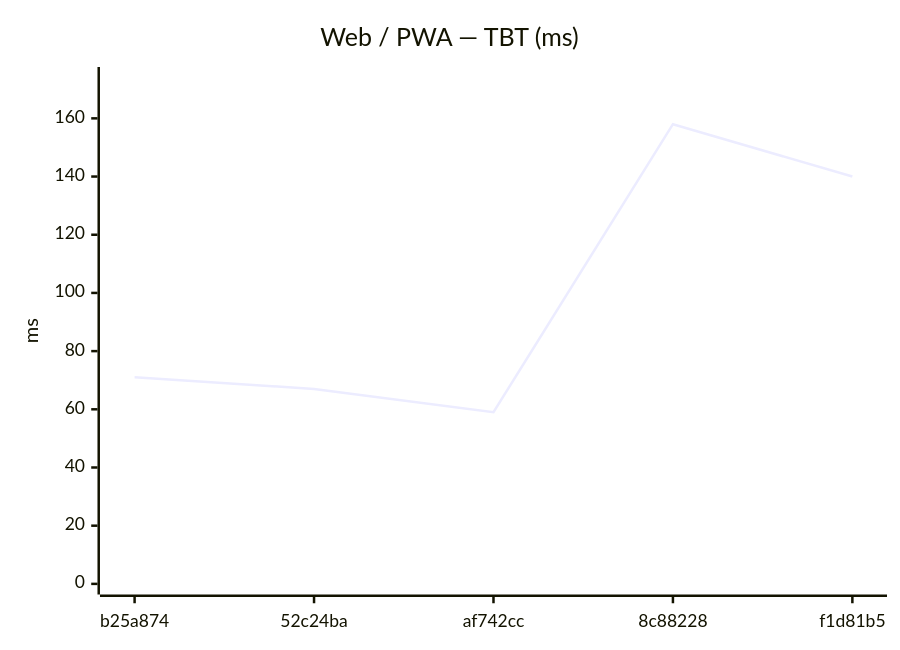
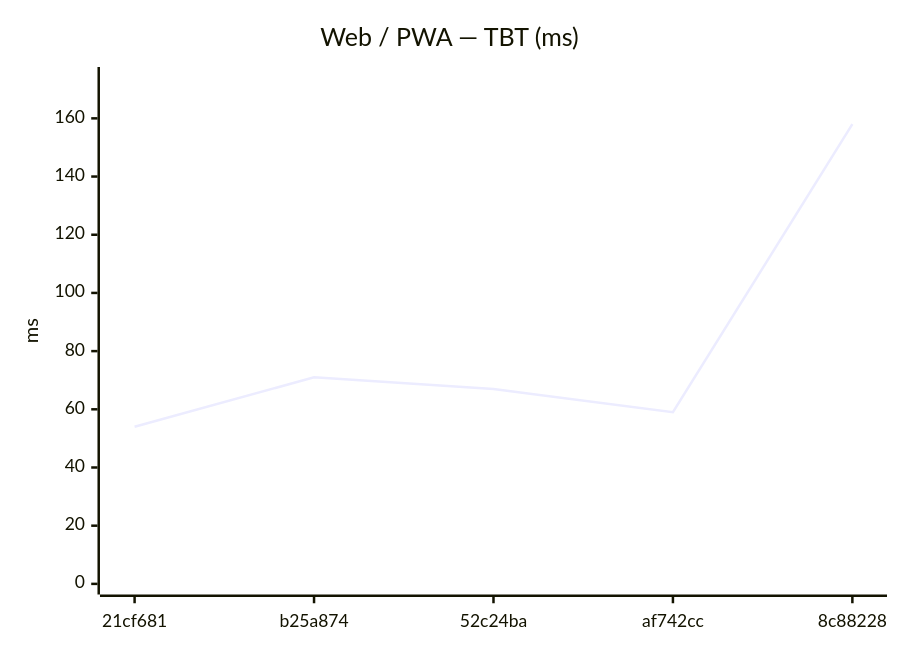
The eighth of 18 diagrams in benchmarks/compare.md (Metaheurist/Rianell), drawn with Mermaid before and after one commit. The commit also changed other lines of this file and 11 other files, not shown here.

````diff
--- a/benchmarks/compare.md
+++ b/benchmarks/compare.md
@@ -124,7 +124,7 @@
 ```mermaid
 xychart-beta
     title "Web / PWA — TBT (ms)"
-    x-axis ["b25a874", "52c24ba", "af742cc", "8c88228", "f1d81b5"]
+    x-axis ["21cf681", "b25a874", "52c24ba", "af742cc", "8c88228"]
     y-axis "ms" 0 --> 174
-    line [71, 67, 59, 158, 140]
+    line [54, 71, 67, 59, 158]
 ```
````
